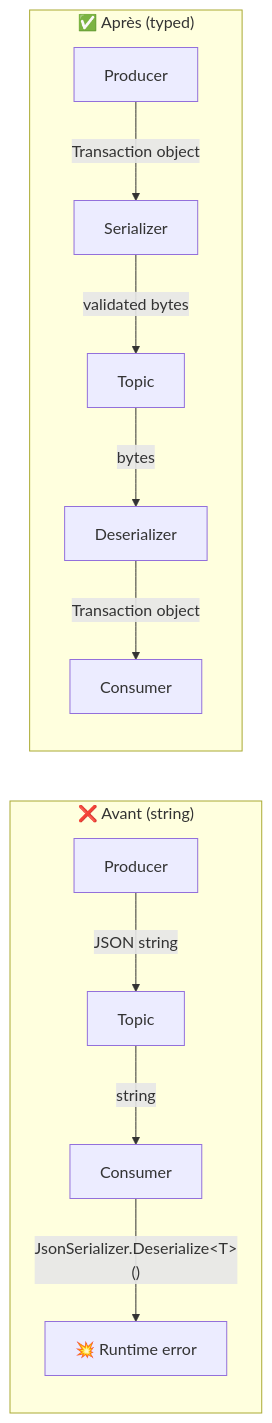
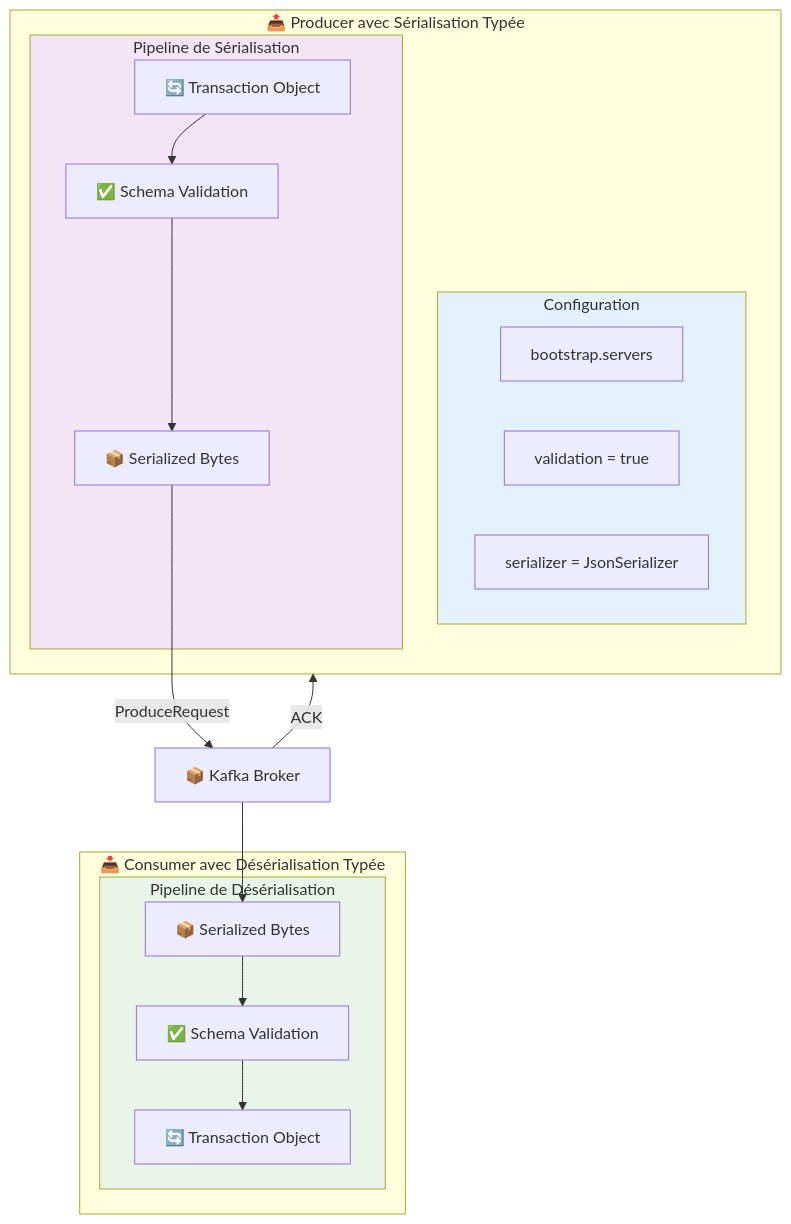
One commit to msellamiTN/formation--kafka-dotnet changed the third of 6 diagrams in day-02-development/module-04-advanced-patterns/lab-2.1a-serialization/README.md. Above: the diagram before and after it, drawn with Mermaid. The commit also changed other lines of this file and 1 other file, not shown here.

First line of the commit message:
docs: Restructure lab 2.1a with comprehensive serialization guide, add V1/V2 schema evolution, sequence diagrams, and step-by-step implementation

````diff
--- a/day-02-development/module-04-advanced-patterns/lab-2.1a-serialization/README.md
+++ b/day-02-development/module-04-advanced-patterns/lab-2.1a-serialization/README.md
@@ -36,15 +211,37 @@
 ```mermaid
-flowchart LR
-    subgraph Avant["❌ Avant (string)"]
-        P1["Producer"] -->|"JSON string"| T1["Topic"]
-        T1 -->|"string"| C1["Consumer"]
-        C1 -->|"JsonSerializer.Deserialize&lt;T&gt;()"| X1["💥 Runtime error"]
+flowchart TB
+    subgraph Producer["📤 Producer avec Sérialisation Typée"]
+        subgraph Config["Configuration"]
+            BS["bootstrap.servers"]
+            VAL["validation = true"]
+            SER["serializer = JsonSerializer"]
+        end
+
+        subgraph Pipeline["Pipeline de Sérialisation"]
+            OBJ["🔄 Transaction Object"]
+            VAL2["✅ Schema Validation"]
+            BYT["📦 Serialized Bytes"]
+        end
+
+        OBJ --> VAL2 --> BYT
     end
 
-    subgraph Apres["✅ Après (typed)"]
-        P2["Producer"] -->|"Transaction object"| SER["Serializer"]
-        SER -->|"validated bytes"| T2["Topic"]
-        T2 -->|"bytes"| DES["Deserializer"]
-        DES -->|"Transaction object"| C2["Consumer"]
+    BYT -->|"ProduceRequest"| K["📦 Kafka Broker"]
+    K -->|"ACK"| Producer
+
+    subgraph Consumer["📥 Consumer avec Désérialisation Typée"]
+        subgraph Pipeline2["Pipeline de Désérialisation"]
+            BYT2["📦 Serialized Bytes"]
+            VAL3["✅ Schema Validation"]
+            OBJ2["🔄 Transaction Object"]
+        end
+
+        BYT2 --> VAL3 --> OBJ2
     end
+
+    K --> BYT2
+
+    style Config fill:#e3f2fd
+    style Pipeline fill:#f3e5f5
+    style Pipeline2 fill:#e8f5e8
 ```
````
